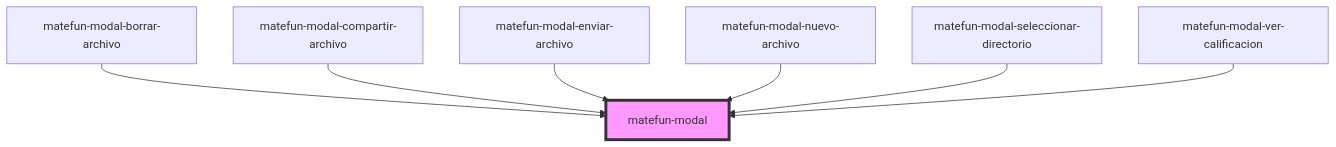
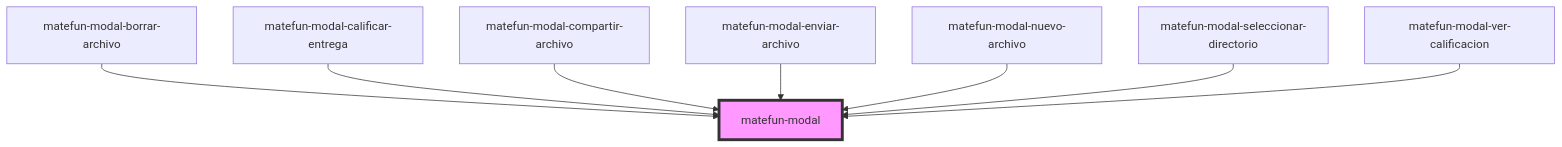
The diagram in src/components/modal/readme.md (ncamera/matefun-components), drawn with Mermaid before and after one commit. The commit also changed other lines of this file and 4 other files, not shown here.

Commit message:
Se agrega el modal de calificar entrega

````diff
--- a/src/components/modal/readme.md
+++ b/src/components/modal/readme.md
@@ -52,10 +53,11 @@
 ```mermaid
 graph TD;
   matefun-modal-borrar-archivo --> matefun-modal
+  matefun-modal-calificar-entrega --> matefun-modal
   matefun-modal-compartir-archivo --> matefun-modal
   matefun-modal-enviar-archivo --> matefun-modal
   matefun-modal-nuevo-archivo --> matefun-modal
   matefun-modal-seleccionar-directorio --> matefun-modal
   matefun-modal-ver-calificacion --> matefun-modal
   style matefun-modal fill:#f9f,stroke:#333,stroke-width:4px
 ```
````
